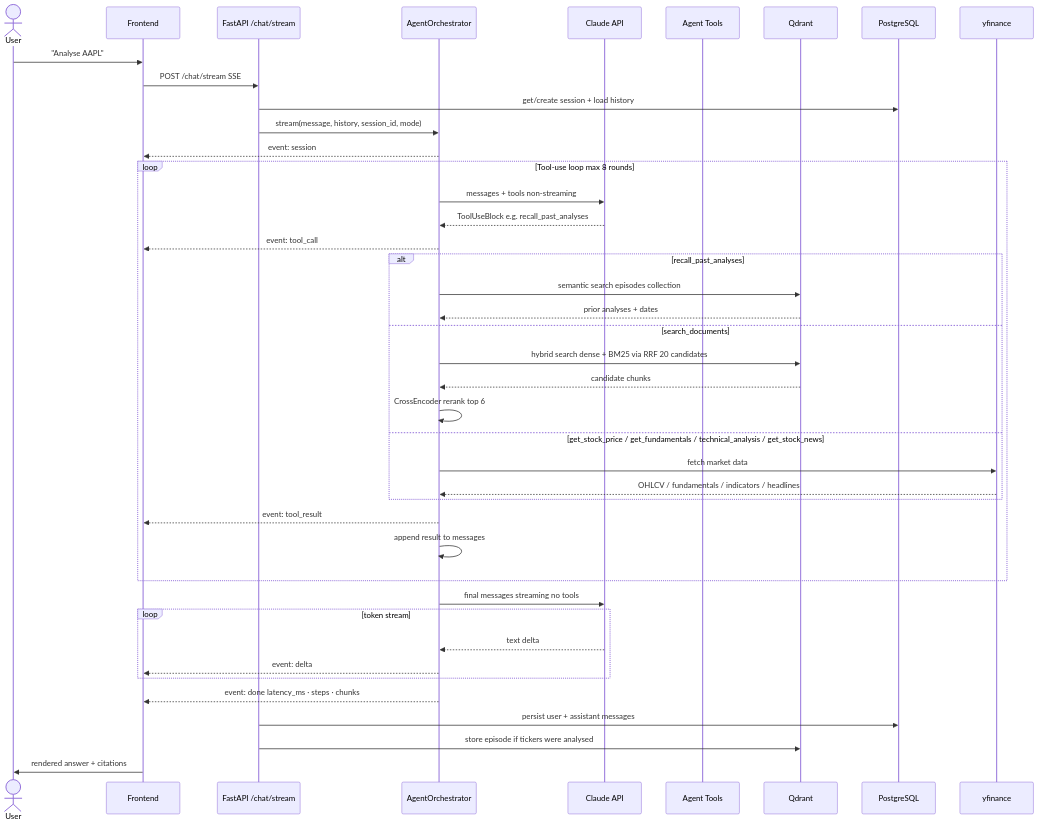
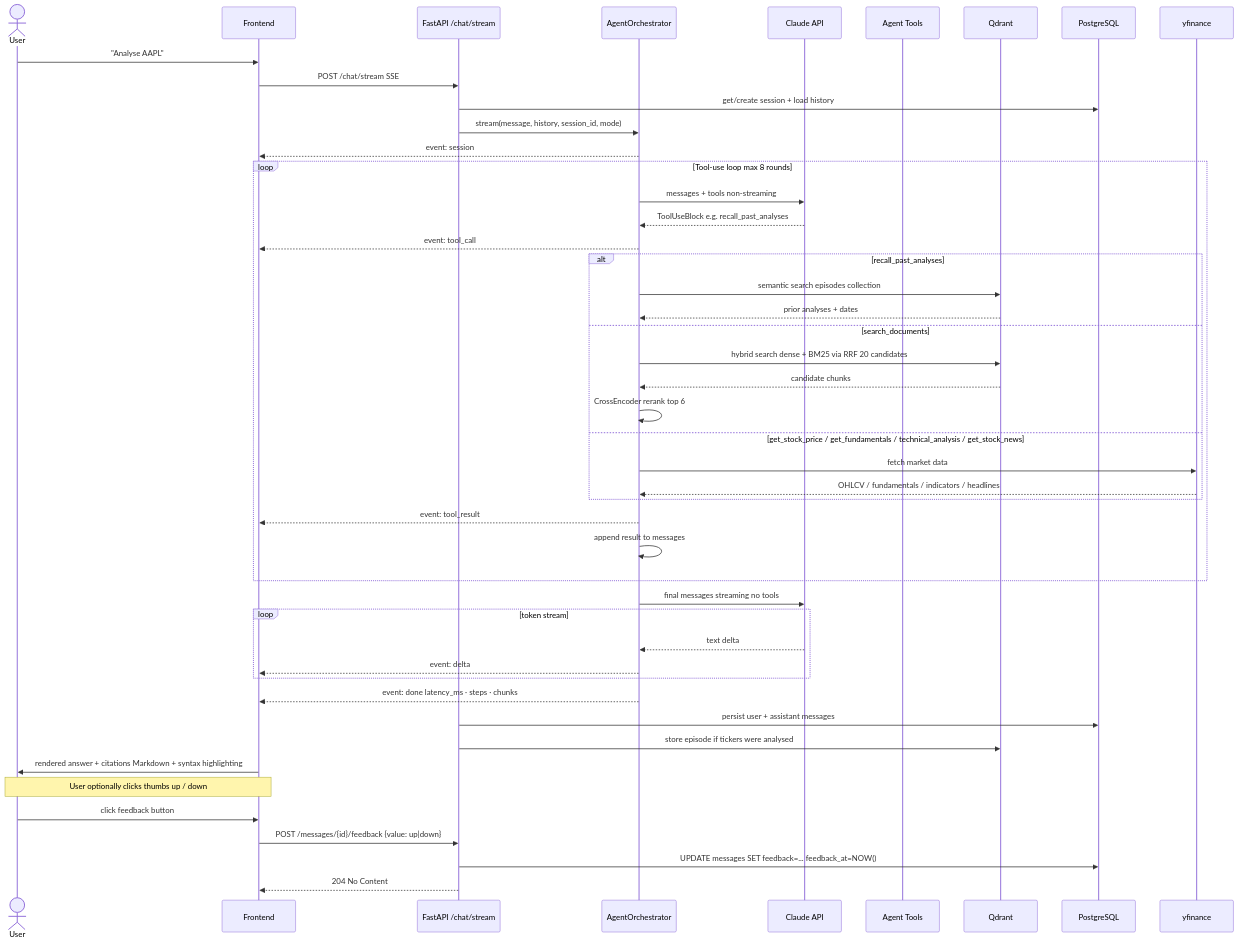
The second of 7 diagrams in docs/ARCHITECTURE_v1.md (msdpalam/oss-rag), drawn with Mermaid before and after one commit. The commit also changed other lines of this file and 55 other files, not shown here.

````diff
--- a/docs/ARCHITECTURE_v1.md
+++ b/docs/ARCHITECTURE_v1.md
@@ -88,52 +103,58 @@
 ```mermaid
 sequenceDiagram
     actor User
     participant FE as Frontend
     participant API as FastAPI /chat/stream
     participant Orch as AgentOrchestrator
     participant Claude as Claude API
     participant Tools as Agent Tools
     participant QD as Qdrant
     participant PG as PostgreSQL
     participant YF as yfinance
 
     User->>FE: "Analyse AAPL"
     FE->>API: POST /chat/stream  SSE
     API->>PG: get/create session + load history
     API->>Orch: stream(message, history, session_id, mode)
     Orch-->>FE: event: session
 
     loop Tool-use loop  max 8 rounds
         Orch->>Claude: messages + tools  non-streaming
         Claude-->>Orch: ToolUseBlock  e.g. recall_past_analyses
 
         Orch-->>FE: event: tool_call
 
         alt recall_past_analyses
             Orch->>QD: semantic search  episodes collection
             QD-->>Orch: prior analyses + dates
         else search_documents
             Orch->>QD: hybrid search  dense + BM25 via RRF  20 candidates
             QD-->>Orch: candidate chunks
             Orch->>Orch: CrossEncoder rerank  top 6
         else get_stock_price / get_fundamentals / technical_analysis / get_stock_news
             Orch->>YF: fetch market data
             YF-->>Orch: OHLCV / fundamentals / indicators / headlines
         end
 
         Orch-->>FE: event: tool_result
         Orch->>Orch: append result to messages
     end
 
     Orch->>Claude: final messages  streaming  no tools
     loop token stream
         Claude-->>Orch: text delta
         Orch-->>FE: event: delta
     end
 
     Orch-->>FE: event: done  latency_ms · steps · chunks
 
     API->>PG: persist user + assistant messages
     API->>QD: store episode  if tickers were analysed
-    FE->>User: rendered answer + citations
+    FE->>User: rendered answer + citations  Markdown + syntax highlighting
+
+    Note over FE,User: User optionally clicks thumbs up / down
+    User->>FE: click feedback button
+    FE->>API: POST /messages/{id}/feedback  {value: up|down}
+    API->>PG: UPDATE messages SET feedback=... feedback_at=NOW()
+    API-->>FE: 204 No Content
 ```
````
